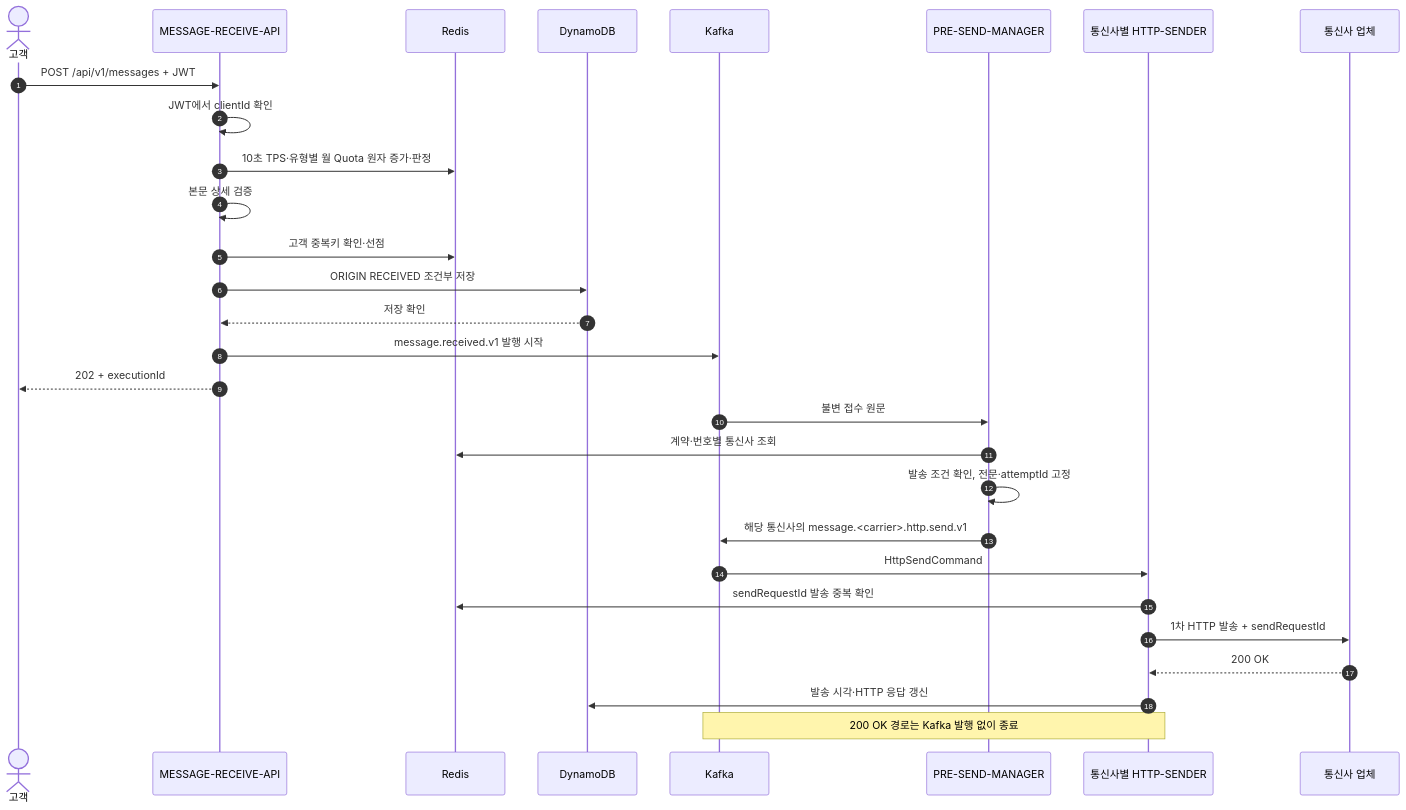
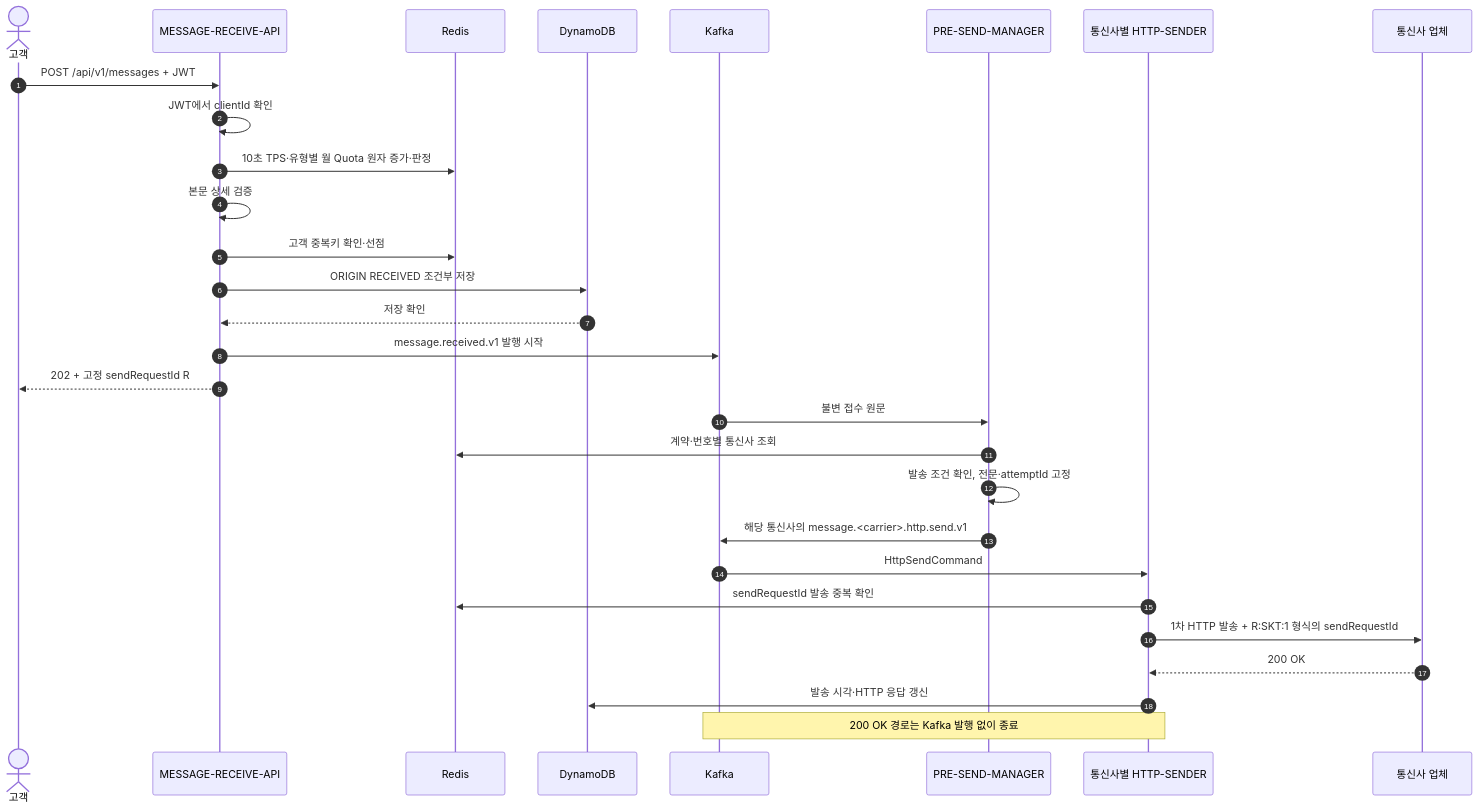
Before and after one commit to hyun-seung/High-throughput-event-platform: the first of 10 diagrams in docs/53-신규-메시지-케이스별-Call-Flow.md, drawn with Mermaid. The commit also changed other lines of this file and 4 other files, not shown here.

````diff
--- a/docs/53-신규-메시지-케이스별-Call-Flow.md
+++ b/docs/53-신규-메시지-케이스별-Call-Flow.md
@@ -28,31 +28,31 @@
 ```mermaid
 sequenceDiagram
     autonumber
     actor C as 고객
     participant A as MESSAGE-RECEIVE-API
     participant R as Redis
     participant D as DynamoDB
     participant K as Kafka
     participant M as PRE-SEND-MANAGER
     participant S as 통신사별 HTTP-SENDER
     participant P as 통신사 업체
     C->>A: POST /api/v1/messages + JWT
     A->>A: JWT에서 clientId 확인
     A->>R: 10초 TPS·유형별 월 Quota 원자 증가·판정
     A->>A: 본문 상세 검증
     A->>R: 고객 중복키 확인·선점
     A->>D: ORIGIN RECEIVED 조건부 저장
     D-->>A: 저장 확인
     A->>K: message.received.v1 발행 시작
-    A-->>C: 202 + executionId
+    A-->>C: 202 + 고정 sendRequestId R
     K->>M: 불변 접수 원문
     M->>R: 계약·번호별 통신사 조회
     M->>M: 발송 조건 확인, 전문·attemptId 고정
     M->>K: 해당 통신사의 message.<carrier>.http.send.v1
     K->>S: HttpSendCommand
     S->>R: sendRequestId 발송 중복 확인
-    S->>P: 1차 HTTP 발송 + sendRequestId
+    S->>P: 1차 HTTP 발송 + R:SKT:1 형식의 sendRequestId
     P-->>S: 200 OK
     S->>D: 발송 시각·HTTP 응답 갱신
     Note over S,K: 200 OK 경로는 Kafka 발행 없이 종료
 ```
````
